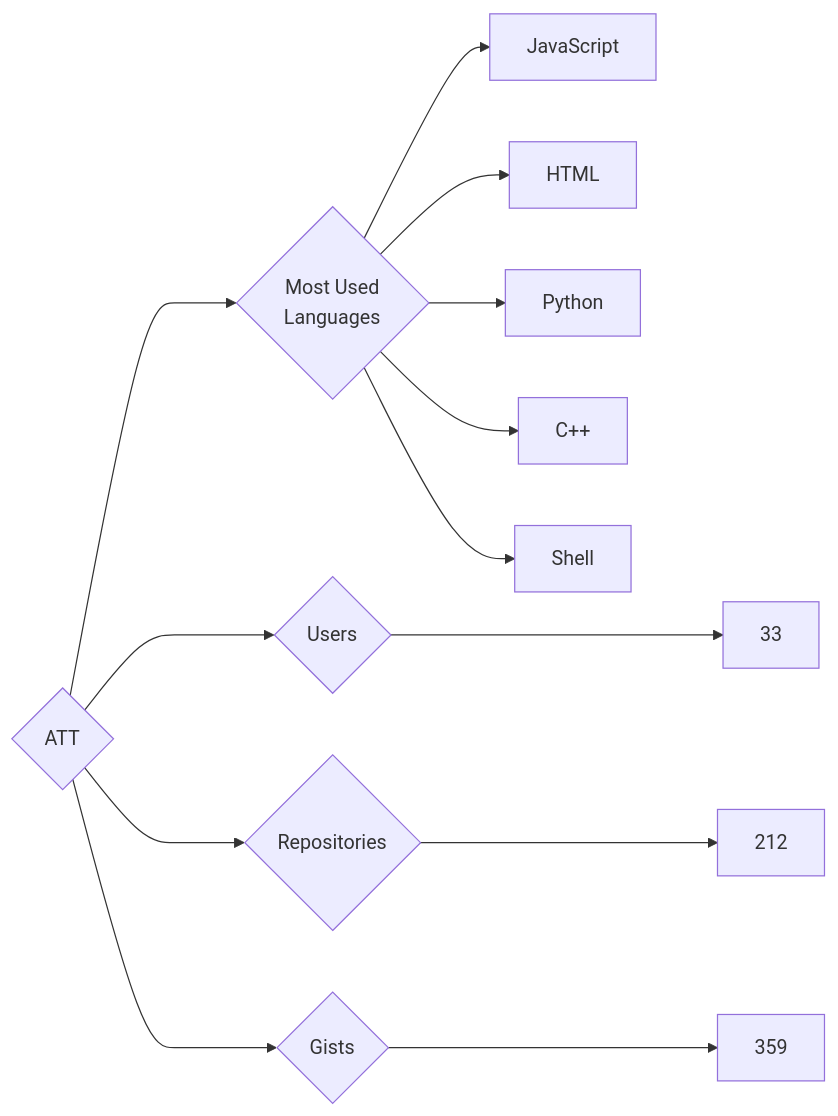
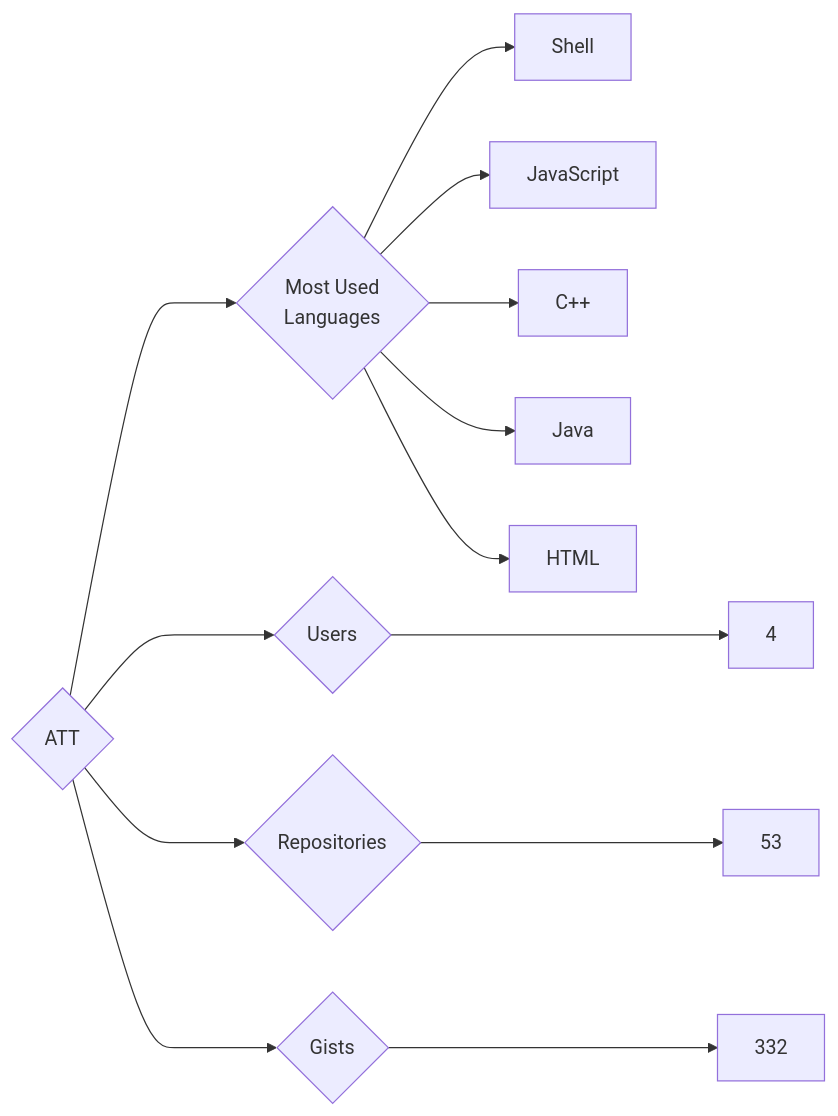
The diagram in targets/ATT/README.md (trickest/insiders), drawn with Mermaid before and after one commit. The commit also changed 965 other files, not shown here.

````diff
--- a/targets/ATT/README.md
+++ b/targets/ATT/README.md
@@ -3,13 +3,13 @@
 ```mermaid
 graph LR
 COMPANY_NAME{ATT}
-COMPANY_NAME ---> U{Users} ---> UN[33]
-COMPANY_NAME ---> R{Repositories} ---> RN[212]
-COMPANY_NAME ---> G{Gists} ---> GN[359]
+COMPANY_NAME ---> U{Users} ---> UN[4]
+COMPANY_NAME ---> R{Repositories} ---> RN[53]
+COMPANY_NAME ---> G{Gists} ---> GN[332]
 COMPANY_NAME ---> ML{Most Used<br>Languages}
+ML --> Shell[Shell]
 ML --> JavaScript[JavaScript]
+ML --> C++[C++]
+ML --> Java[Java]
 ML --> HTML[HTML]
-ML --> Python[Python]
-ML --> C++[C++]
-ML --> Shell[Shell]
 ```
````
